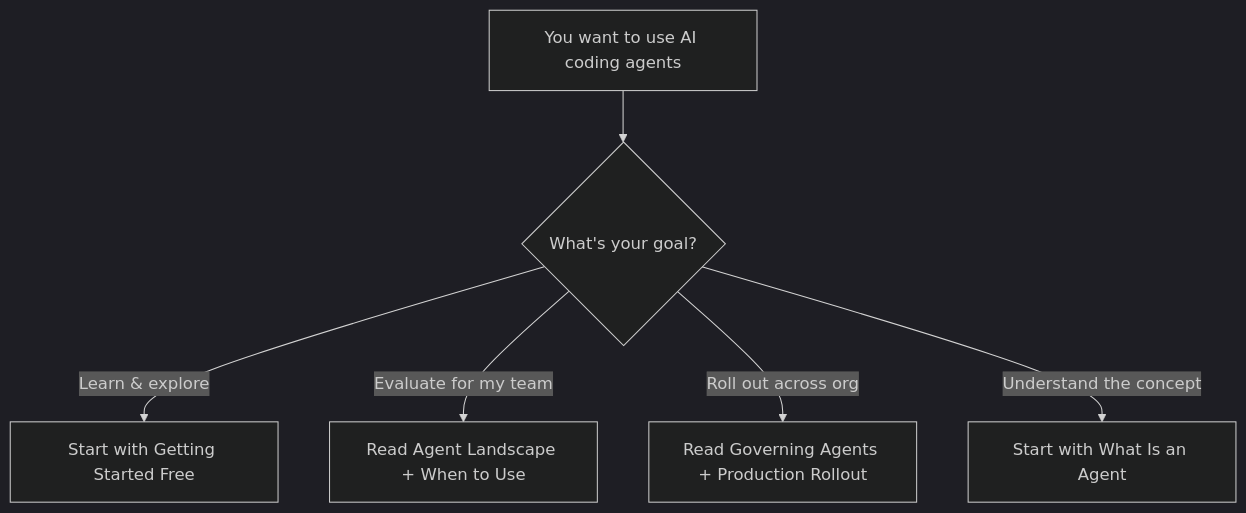
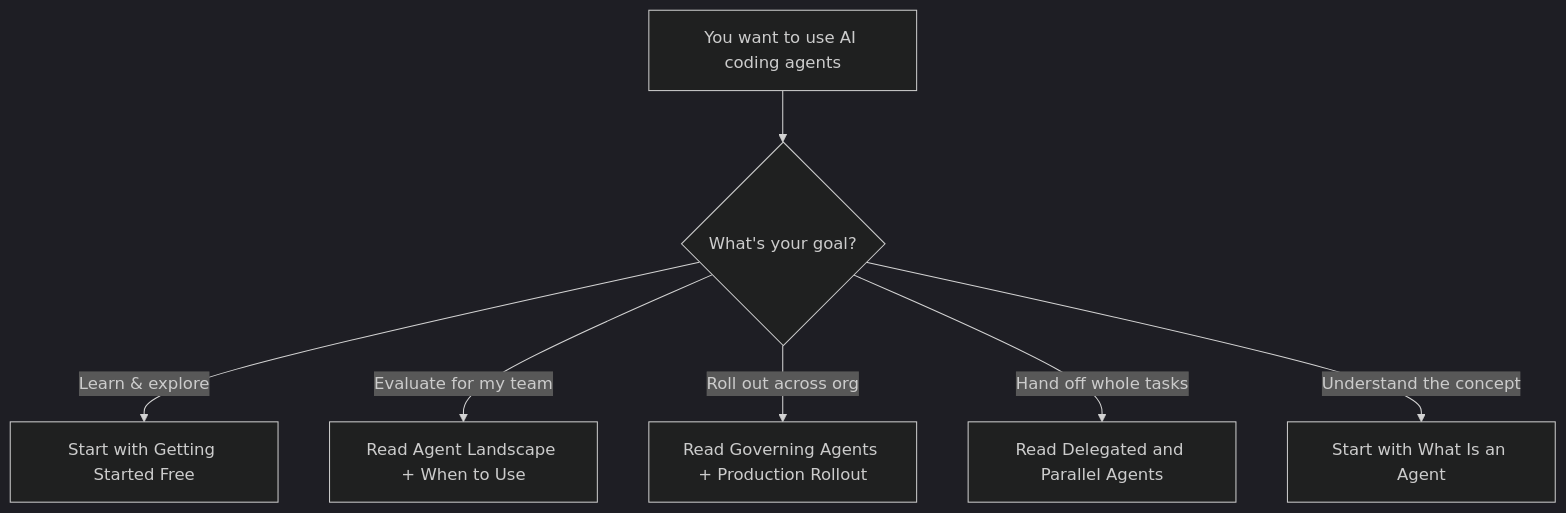
Before and after one commit to bernardmendonca/ai-engineering-playbook: the diagram in ai-coding-agents/README.md, drawn with Mermaid (dark theme). The commit also changed other lines of this file and 53 other files, not shown here.

````diff
--- a/ai-coding-agents/README.md
+++ b/ai-coding-agents/README.md
@@ -31,8 +32,9 @@
 ```mermaid
 flowchart TD
     A[You want to use AI coding agents] --> B{What's your goal?}
     B -->|Learn & explore| C[Start with Getting Started Free]
     B -->|Evaluate for my team| D[Read Agent Landscape + When to Use]
     B -->|Roll out across org| E[Read Governing Agents + Production Rollout]
+    B -->|Hand off whole tasks| G[Read Delegated and Parallel Agents]
     B -->|Understand the concept| F[Start with What Is an Agent]
 ```
````
